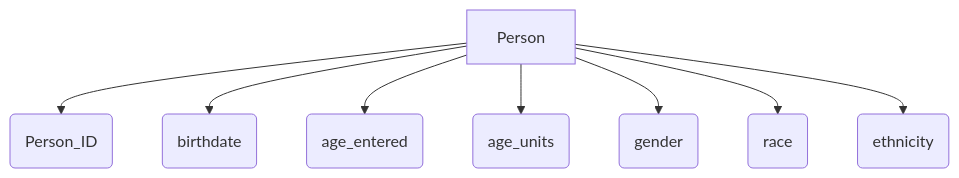
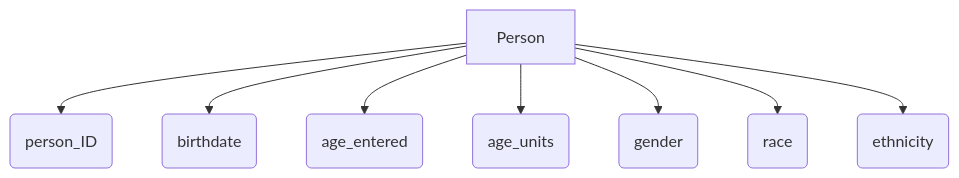
Before and after one commit to databrary/nsf-2444730: the second of 9 diagrams in src/spreadsheet.qmd, drawn with Mermaid. The commit also changed other lines of this file and 3 other files, not shown here.

````diff
--- a/src/spreadsheet.qmd
+++ b/src/spreadsheet.qmd
@@ -30,12 +30,12 @@
 ```{mermaid}
 %%| label: fig-spreadsheet-Person
 
 flowchart TD
-  A[Person] --> B(Person_ID)
+  A[Person] --> B(person_ID)
   A --> C(birthdate)
   A --> G(age_entered)
   A --> H(age_units)
   A --> D(gender)
   A --> E(race)
   A --> F(ethnicity)
 ```
````
